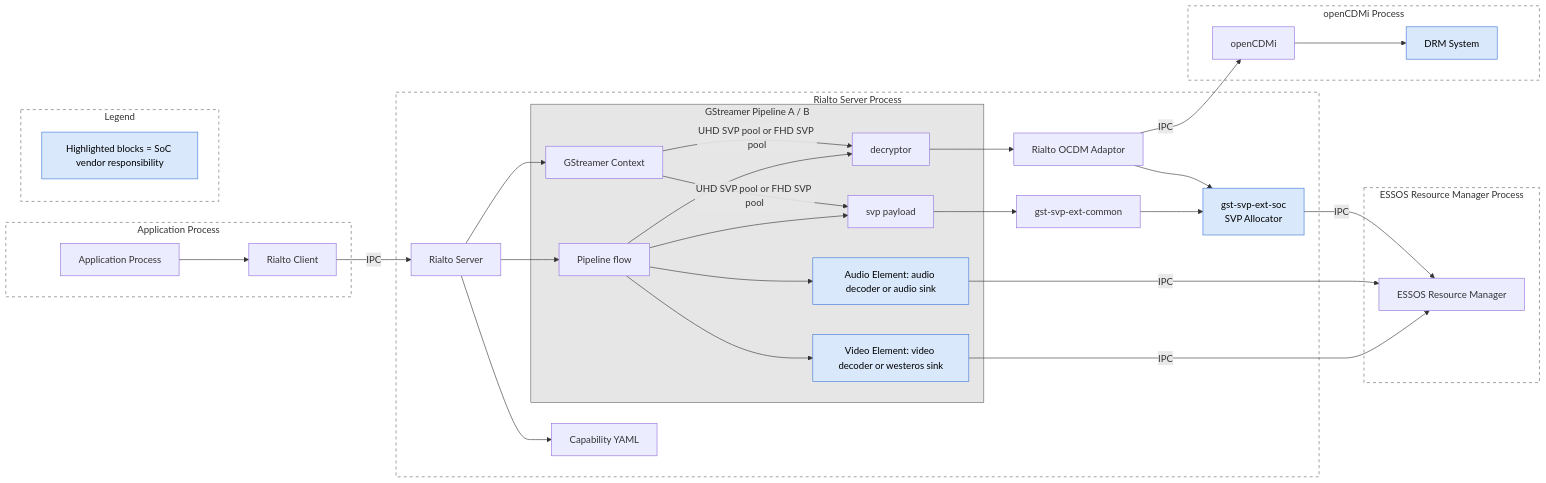
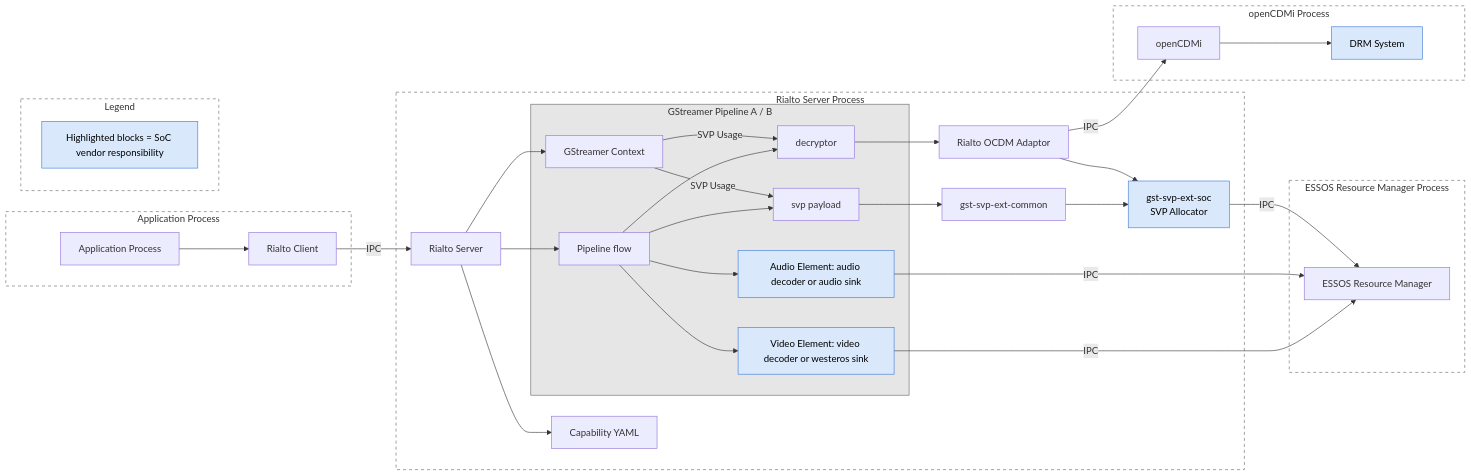
The first of 7 diagrams in doc/SPECIFICATION-dual-decode-legacy-av-hal-extension.md (rdkcentral/rdk-hpk-documentation), drawn with Mermaid before and after one commit. The commit also changed other lines of this file, not shown here.

Commit message:
gh #516: docs: update DPI9 dual-decode sequence diagrams docs: clarify ESSOS and player-role naming in dual-decode spec

````diff
--- a/doc/SPECIFICATION-dual-decode-legacy-av-hal-extension.md
+++ b/doc/SPECIFICATION-dual-decode-legacy-av-hal-extension.md
@@ -57,64 +57,64 @@
 ```mermaid
 graph LR
     subgraph AP[Application Process]
         App[Application Process] --> RC[Rialto Client]
     end
 
     subgraph RSP[Rialto Server Process]
         RS[Rialto Server]
         subgraph GSTP[GStreamer Pipeline A / B]
             GST[Pipeline flow]
             Ctx[GStreamer Context]
             DEC[decryptor]
             SVPP[svp payload]
             VARB["Video Element: video decoder or westeros sink"]
             AARB["Audio Element: audio decoder or audio sink"]
         end
         RS --> GST
         GST --> DEC
         GST --> SVPP
         GST --> VARB
         GST --> AARB
         RS --> Ctx
-        Ctx -->|UHD SVP pool or FHD SVP pool| DEC
-        Ctx -->|UHD SVP pool or FHD SVP pool| SVPP
+        Ctx -->|SVP Usage| DEC
+        Ctx -->|SVP Usage| SVPP
         RS --> YAML[Capability YAML]
         DEC --> OCDM[Rialto OCDM Adaptor]
         SVPP --> SVPC[gst-svp-ext-common]
         SVPC --> SVPE[gst-svp-ext-soc<br/>SVP Allocator]
         OCDM --> SVPE
     end
 
     subgraph OCP[openCDMi Process]
         OPENCDM[openCDMi]
         DRM[DRM System]
     end
 
     subgraph LEG[Legend]
         LRESP[Highlighted blocks = SoC vendor responsibility]
     end
 
     OCDM -->|IPC| OPENCDM
     OPENCDM --> DRM
 
     subgraph RMP[ESSOS Resource Manager Process]
         RM[ESSOS Resource Manager]
     end
 
     RC -->|IPC| RS
     VARB -->|IPC| RM
     AARB -->|IPC| RM
     SVPE -->|IPC| RM
 
     style AP fill:none,stroke:#666,stroke-width:1px,stroke-dasharray: 5 5
     style RSP fill:none,stroke:#666,stroke-width:1px,stroke-dasharray: 5 5
     style GSTP fill:#e6e6e6,stroke:#666,stroke-width:1px
     style LEG fill:none,stroke:#666,stroke-width:1px,stroke-dasharray: 5 5
     style OCP fill:none,stroke:#666,stroke-width:1px,stroke-dasharray: 5 5
     style RMP fill:none,stroke:#666,stroke-width:1px,stroke-dasharray: 5 5
     style VARB fill:#d9e8fb,stroke:#3c78d8,stroke-width:1px,color:#000
     style AARB fill:#d9e8fb,stroke:#3c78d8,stroke-width:1px,color:#000
     style SVPE fill:#d9e8fb,stroke:#3c78d8,stroke-width:1px,color:#000
     style DRM fill:#d9e8fb,stroke:#3c78d8,stroke-width:1px,color:#000
     style LRESP fill:#d9e8fb,stroke:#3c78d8,stroke-width:1px,color:#000
 ```
````
